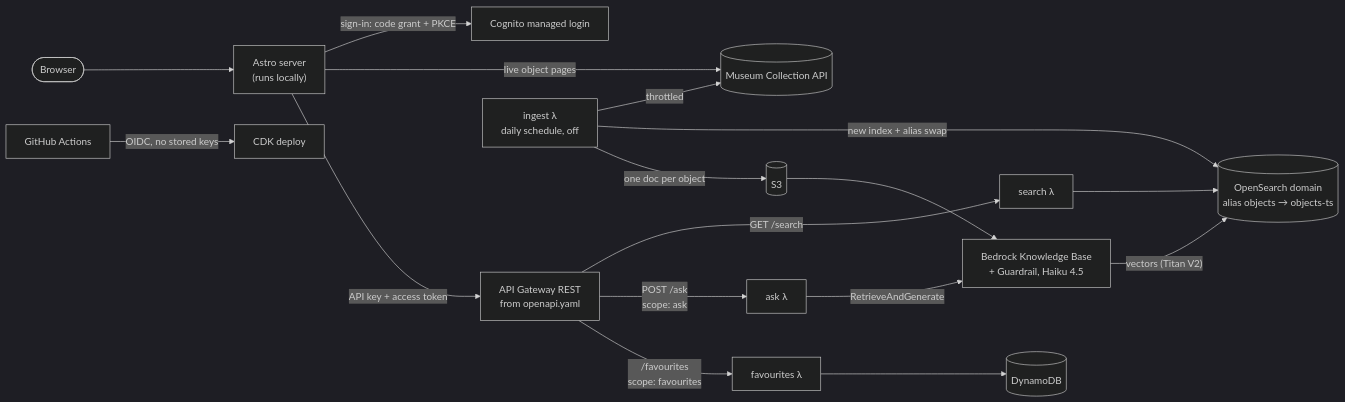
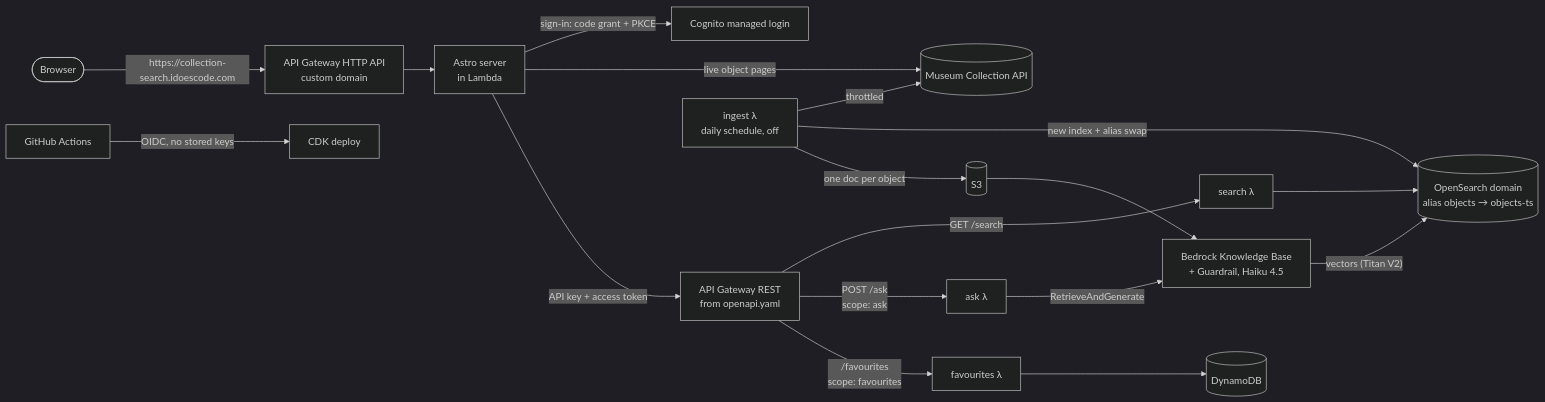
Before and after one commit to petikehc/collection-search-demo: the diagram in README.md, drawn with Mermaid (dark theme). The commit also changed other lines of this file and 3 other files, not shown here.

First line of the commit message:
docs: ADR 13 on hosting the web front end, and the README for the live site

````diff
--- a/README.md
+++ b/README.md
@@ -18,22 +20,23 @@
 ```mermaid
 flowchart LR
-  user([Browser]) --> web["Astro server<br/>(runs locally)"]
+  user([Browser]) -- "https://collection-search.idoescode.com" --> site[API Gateway HTTP API<br/>custom domain]
+  site --> web["Astro server<br/>in Lambda"]
   web -- "sign-in: code grant + PKCE" --> cognito[Cognito managed login]
   web -- "live object pages" --> nma[(Museum Collection API)]
   web -- "API key + access token" --> apigw[API Gateway REST<br/>from openapi.yaml]
 
   apigw -- "GET /search" --> search[search λ]
   apigw -- "POST /ask<br/>scope: ask" --> ask[ask λ]
   apigw -- "/favourites<br/>scope: favourites" --> fav[favourites λ]
 
   search --> os[(OpenSearch domain<br/>alias objects → objects-ts)]
   ask -- RetrieveAndGenerate --> kb[Bedrock Knowledge Base<br/>+ Guardrail, Haiku 4.5]
   kb -- "vectors (Titan V2)" --> os
   fav --> ddb[(DynamoDB)]
 
   ingest[ingest λ<br/>daily schedule, off] -- throttled --> nma
   ingest -- "new index + alias swap" --> os
   ingest -- "one doc per object" --> s3[(S3)] --> kb
 
   gha[GitHub Actions] -- "OIDC, no stored keys" --> cdk[CDK deploy]
 ```
````
